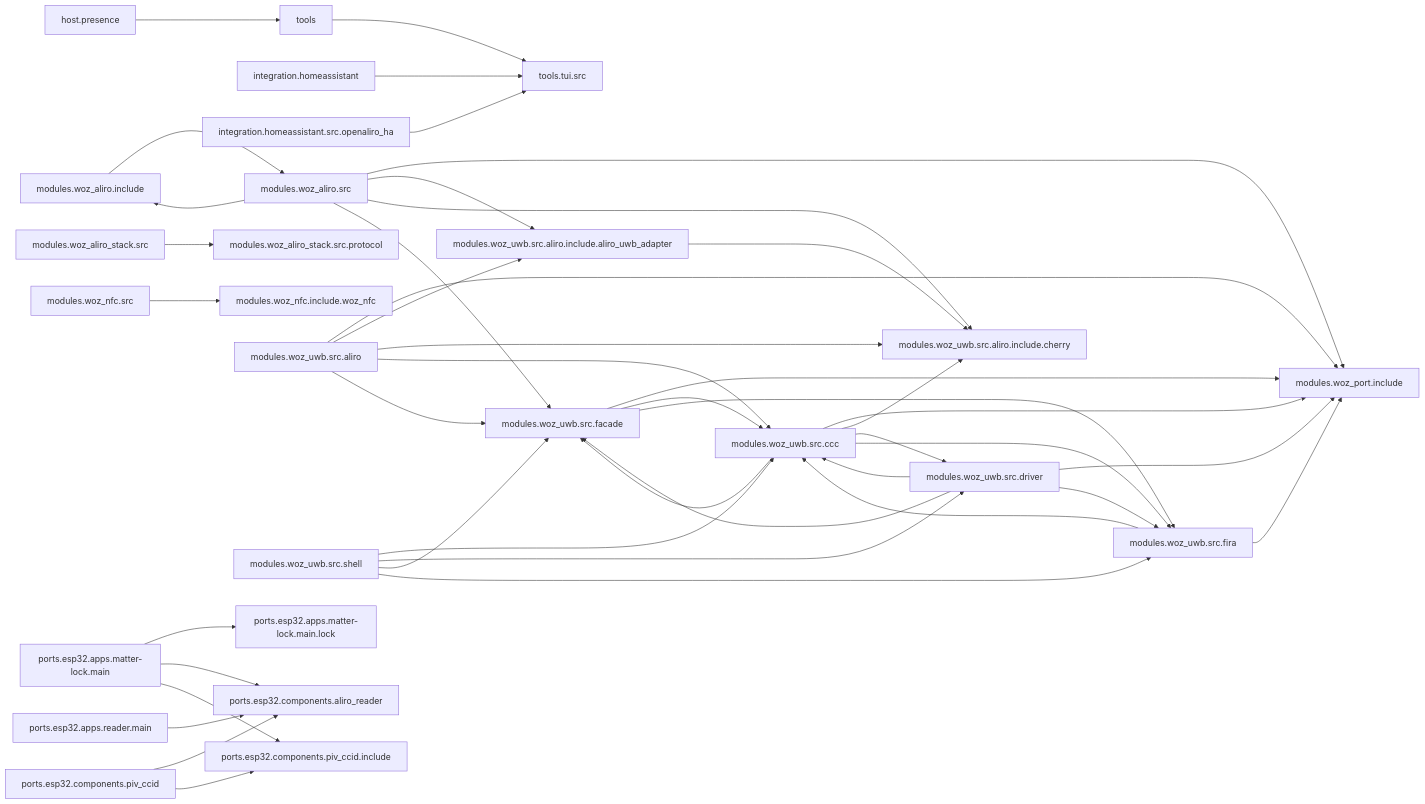
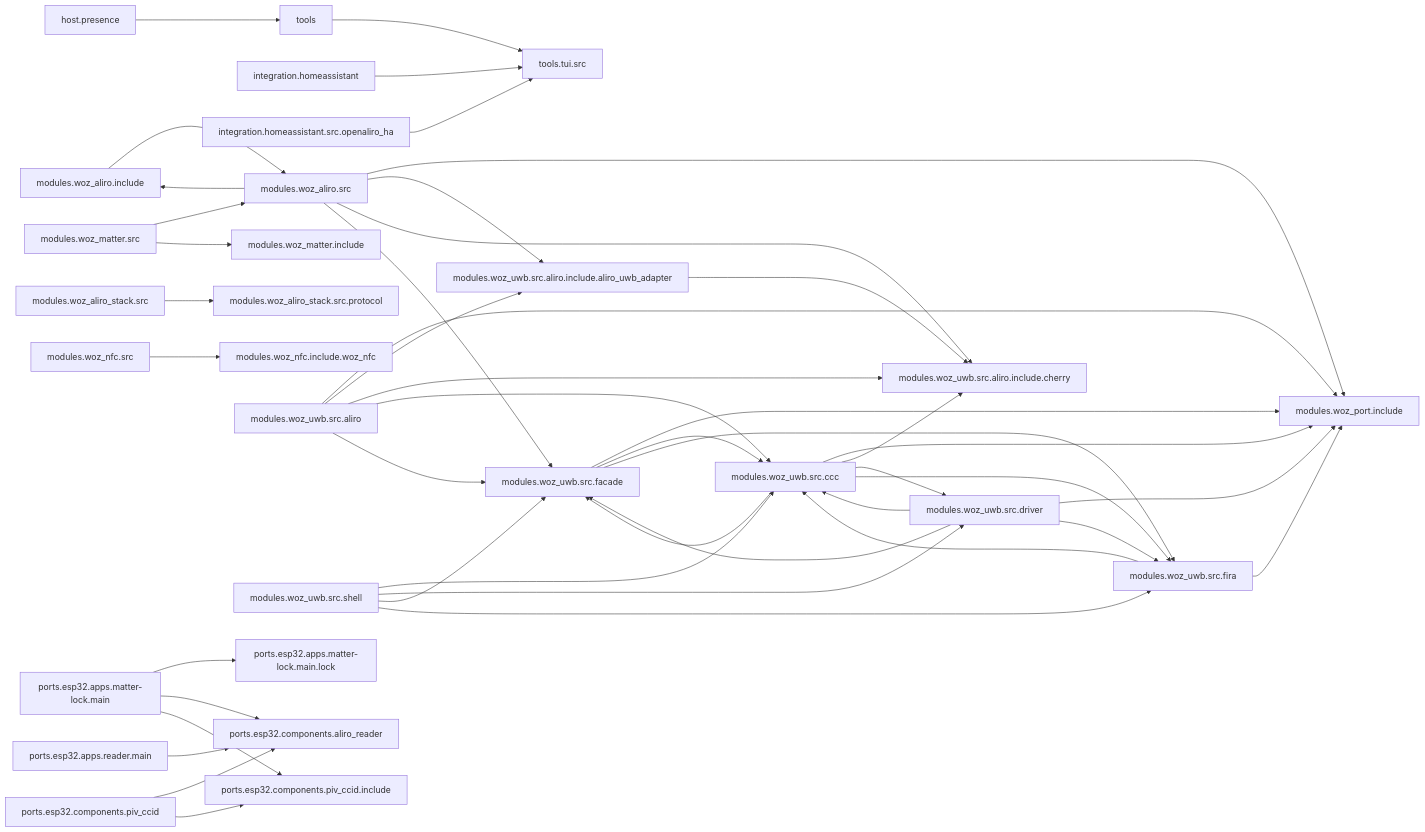
One commit to jonathan-shc/UWB changed the diagram in docs/ARCHITECTURE.md. Above: the diagram before and after it, drawn with Mermaid. The commit also changed other lines of this file and 56 other files, not shown here.

````diff
--- a/docs/ARCHITECTURE.md
+++ b/docs/ARCHITECTURE.md
@@ -6,45 +6,47 @@
 ```mermaid
 flowchart LR
   host.presence --> tools
   integration.homeassistant --> tools.tui.src
   integration.homeassistant.src.openaliro_ha --> tools.tui.src
   modules.woz_aliro.include --> modules.woz_aliro.src
   modules.woz_aliro.src --> modules.woz_aliro.include
   modules.woz_aliro.src --> modules.woz_port.include
   modules.woz_aliro.src --> modules.woz_uwb.src.aliro.include.aliro_uwb_adapter
   modules.woz_aliro.src --> modules.woz_uwb.src.aliro.include.cherry
   modules.woz_aliro.src --> modules.woz_uwb.src.facade
   modules.woz_aliro_stack.src --> modules.woz_aliro_stack.src.protocol
+  modules.woz_matter.src --> modules.woz_aliro.src
+  modules.woz_matter.src --> modules.woz_matter.include
   modules.woz_nfc.src --> modules.woz_nfc.include.woz_nfc
   modules.woz_uwb.src.aliro --> modules.woz_port.include
   modules.woz_uwb.src.aliro --> modules.woz_uwb.src.aliro.include.aliro_uwb_adapter
   modules.woz_uwb.src.aliro --> modules.woz_uwb.src.aliro.include.cherry
   modules.woz_uwb.src.aliro --> modules.woz_uwb.src.ccc
   modules.woz_uwb.src.aliro --> modules.woz_uwb.src.facade
   modules.woz_uwb.src.aliro.include.aliro_uwb_adapter --> modules.woz_uwb.src.aliro.include.cherry
   modules.woz_uwb.src.ccc --> modules.woz_port.include
   modules.woz_uwb.src.ccc --> modules.woz_uwb.src.aliro.include.cherry
   modules.woz_uwb.src.ccc --> modules.woz_uwb.src.driver
   modules.woz_uwb.src.ccc --> modules.woz_uwb.src.facade
   modules.woz_uwb.src.ccc --> modules.woz_uwb.src.fira
   modules.woz_uwb.src.driver --> modules.woz_port.include
   modules.woz_uwb.src.driver --> modules.woz_uwb.src.ccc
   modules.woz_uwb.src.driver --> modules.woz_uwb.src.facade
   modules.woz_uwb.src.driver --> modules.woz_uwb.src.fira
   modules.woz_uwb.src.facade --> modules.woz_port.include
   modules.woz_uwb.src.facade --> modules.woz_uwb.src.ccc
   modules.woz_uwb.src.facade --> modules.woz_uwb.src.fira
   modules.woz_uwb.src.fira --> modules.woz_port.include
   modules.woz_uwb.src.fira --> modules.woz_uwb.src.ccc
   modules.woz_uwb.src.shell --> modules.woz_uwb.src.ccc
   modules.woz_uwb.src.shell --> modules.woz_uwb.src.driver
   modules.woz_uwb.src.shell --> modules.woz_uwb.src.facade
   modules.woz_uwb.src.shell --> modules.woz_uwb.src.fira
   ports.esp32.apps.matter-lock.main --> ports.esp32.apps.matter-lock.main.lock
   ports.esp32.apps.matter-lock.main --> ports.esp32.components.aliro_reader
   ports.esp32.apps.matter-lock.main --> ports.esp32.components.piv_ccid.include
   ports.esp32.apps.reader.main --> ports.esp32.components.aliro_reader
   ports.esp32.components.piv_ccid --> ports.esp32.components.aliro_reader
   ports.esp32.components.piv_ccid --> ports.esp32.components.piv_ccid.include
   tools --> tools.tui.src
 ```
````
